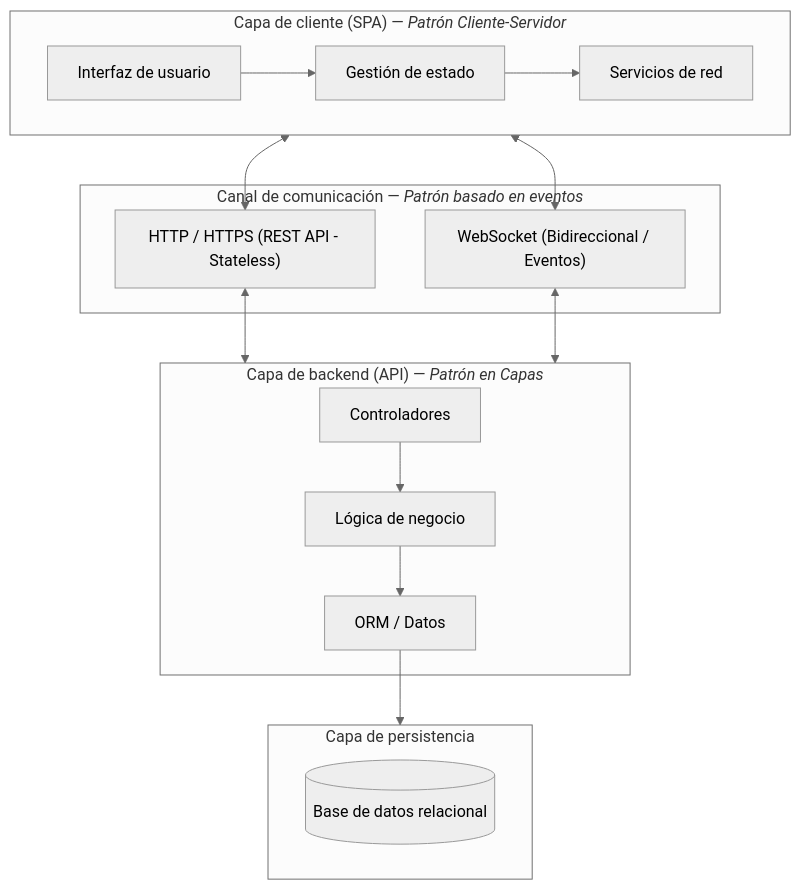
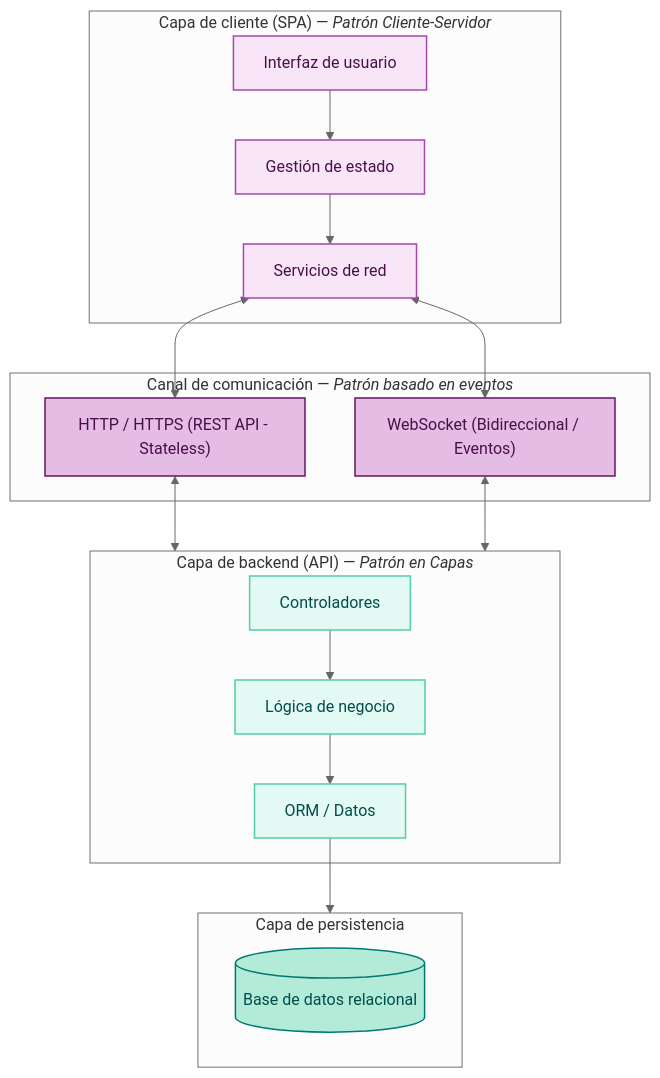
The first of 4 diagrams in docs/patrones_arquitectonicos.md (frangago71/quizzie-TFG), drawn with Mermaid before and after one commit. The commit also changed other lines of this file and 8 other files, not shown here.

````diff
--- a/docs/patrones_arquitectonicos.md
+++ b/docs/patrones_arquitectonicos.md
@@ -11,27 +13,39 @@
 ```mermaid
 %%{init: {'theme': 'neutral'}}%%
 graph TD
     subgraph "Capa de cliente (SPA) — <i>Patrón Cliente-Servidor</i>"
-        direction LR
         UI["Interfaz de usuario"] --> State["Gestión de estado"] --> NetClient["Servicios de red"]
     end
 
     subgraph Red ["Canal de comunicación  —  <i>Patrón basado en eventos</i>"]
         HTTP["HTTP / HTTPS (REST API - Stateless)"]
         WS["WebSocket (Bidireccional / Eventos)"]
     end
 
     subgraph Backend ["Capa de backend (API) — <i>Patrón en Capas</i>"]
         Routers["Controladores"] --> Services["Lógica de negocio"] --> ORM["ORM / Datos"]
     end
 
     subgraph Persistencia ["Capa de persistencia"]
         DB[(Base de datos relacional)]
     end
 
     NetClient <--> HTTP
     NetClient <--> WS
     HTTP <--> Backend
     WS <--> Backend
     ORM --> Persistencia
+
+   style UI fill:#f8e6f8,stroke:#a946ab,color:#4a0f4a,stroke-width:1.5px
+   style State fill:#f8e6f8,stroke:#a946ab,color:#4a0f4a,stroke-width:1.5px
+   style NetClient fill:#f8e6f8,stroke:#a946ab,color:#4a0f4a,stroke-width:1.5px
+
+   style HTTP fill:#e4bce4,stroke:#661465,color:#4a0f4a,stroke-width:1.5px
+   style WS fill:#e4bce4,stroke:#661465,color:#4a0f4a,stroke-width:1.5px
+
+   style Routers fill:#e3f9f3,stroke:#55ccaa,color:#004d4a,stroke-width:1.5px
+   style Services fill:#e3f9f3,stroke:#55ccaa,color:#004d4a,stroke-width:1.5px
+   style ORM fill:#e3f9f3,stroke:#55ccaa,color:#004d4a,stroke-width:1.5px
+
+   style DB fill:#b3ebd9,stroke:#007976,color:#004d4a,stroke-width:1.5px
 ```
````
